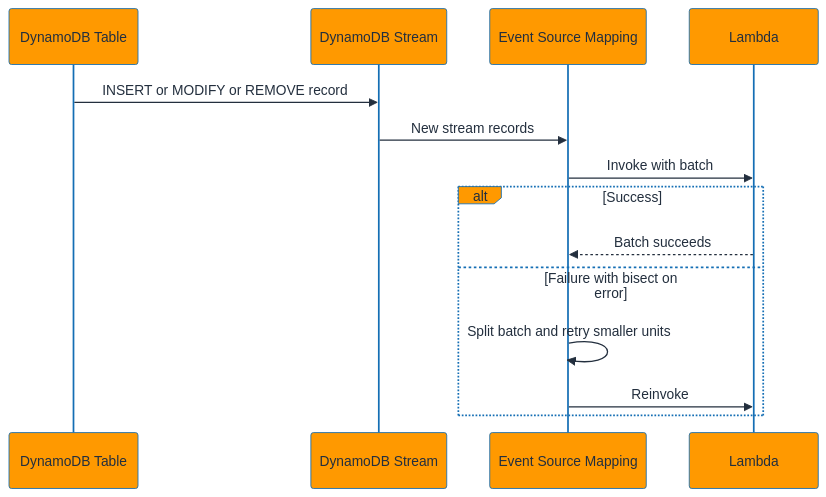
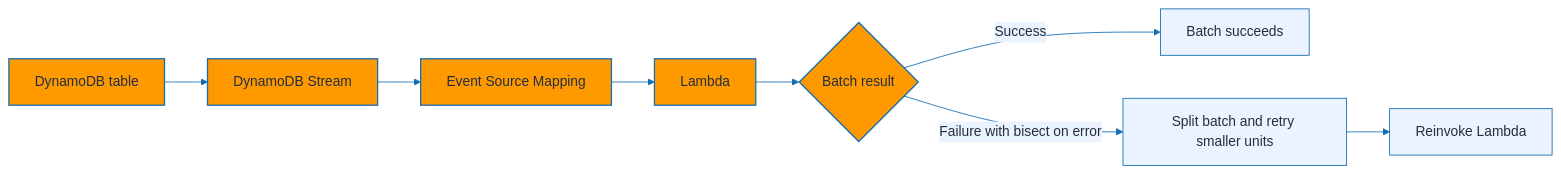
Diagram 15 of 31 in Serverless/README.md (ShasidharReddy/AWS-Cloud-Engineer), drawn with Mermaid before and after one commit. The commit also changed other lines of this file and 14 other files, not shown here.

Commit message:
fix: resolve Mermaid rendering errors and add official AWS documentation links (#4)

````diff
--- a/Serverless/README.md
+++ b/Serverless/README.md
@@ -995,17 +981,15 @@
 ```mermaid
 %%{init: {'theme': 'base', 'themeVariables': { 'fontFamily': 'Inter, Arial', 'primaryColor': '#FF9900', 'primaryTextColor': '#232F3E', 'primaryBorderColor': '#146EB4', 'lineColor': '#146EB4', 'secondaryColor': '#EAF3FF', 'tertiaryColor': '#FFFFFF', 'clusterBkg': '#F7F7F7', 'clusterBorder': '#146EB4' }}}%%
-sequenceDiagram
-    participant Table as DynamoDB Table
-    participant Stream as DynamoDB Stream
-    participant ESM as Event Source Mapping
-    participant Lambda
-    Table->>Stream: INSERT or MODIFY or REMOVE record
-    Stream->>ESM: New stream records
-    ESM->>Lambda: Invoke with batch
-    alt Success
-        Lambda-->>ESM: Batch succeeds
-    else Failure with bisect on error
-        ESM->>ESM: Split batch and retry smaller units
-        ESM->>Lambda: Reinvoke
-    end
+flowchart LR
+    Table[DynamoDB table] --> Stream[DynamoDB Stream]
+    Stream --> ESM[Event Source Mapping]
+    ESM --> Lambda[Lambda]
+    Lambda --> Outcome{Batch result}
+    Outcome -->|Success| Success[Batch succeeds]
+    Outcome -->|Failure with bisect on error| Split[Split batch and retry smaller units]
+    Split --> Reinvoke[Reinvoke Lambda]
+    classDef aws fill:#FF9900,color:#232F3E,stroke:#146EB4,stroke-width:1.5px;
+    classDef support fill:#EAF3FF,color:#232F3E,stroke:#146EB4,stroke-width:1px;
+    class Table,Stream,ESM,Lambda,Outcome aws;
+    class Success,Split,Reinvoke support;
 ```
````
